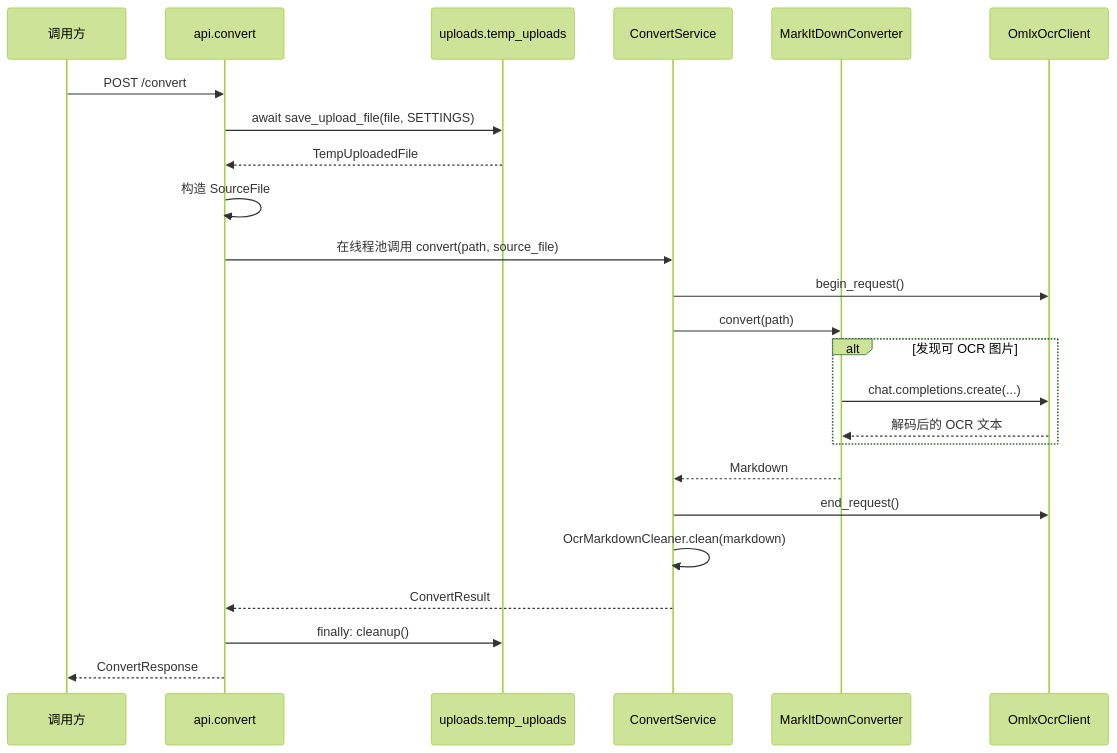
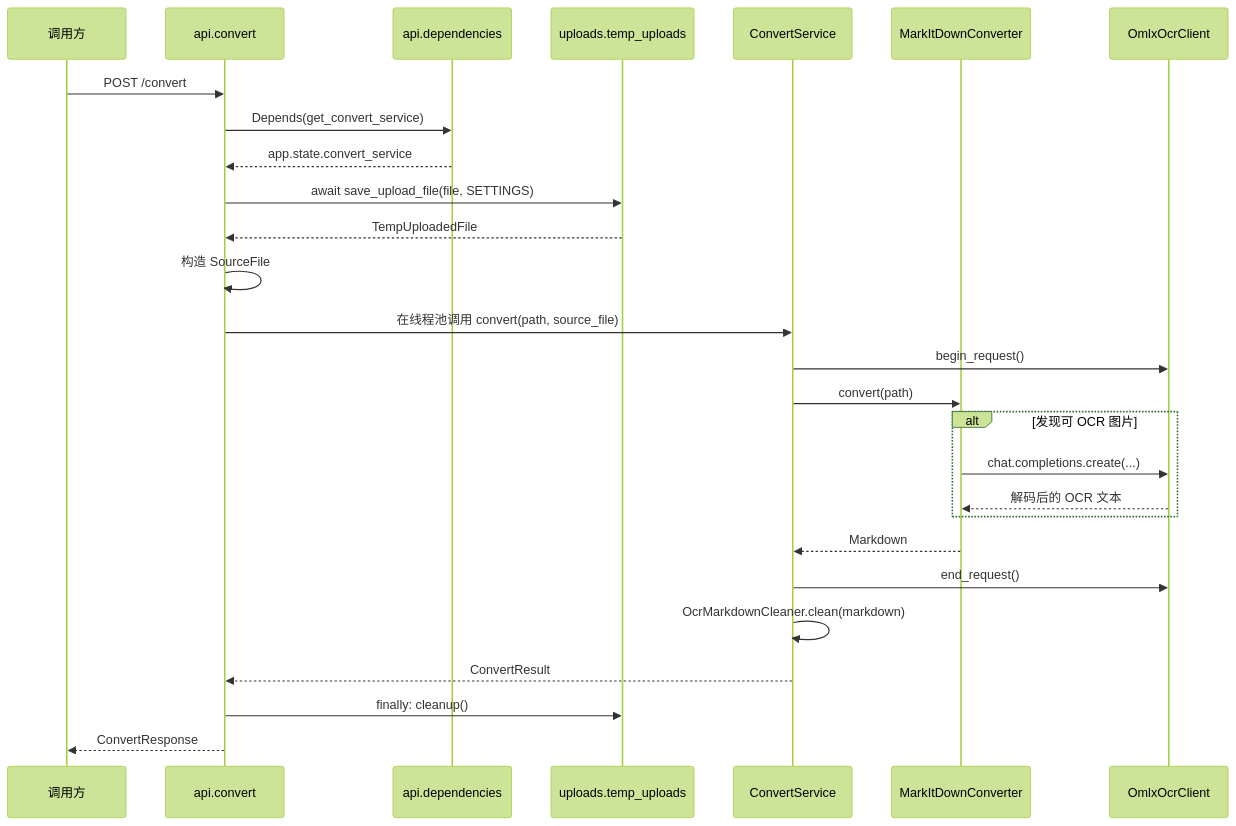
The second of 2 diagrams in docs/code-reference.md (Jianshi-Lu/to-markdown), drawn with Mermaid (forest theme) before and after one commit. The commit also changed other lines of this file and 5 other files, not shown here.

````diff
--- a/docs/code-reference.md
+++ b/docs/code-reference.md
@@ -141,27 +167,30 @@
 ```mermaid
 sequenceDiagram
     participant C as 调用方
     participant R as api.convert
+    participant D as api.dependencies
     participant U as uploads.temp_uploads
     participant S as ConvertService
     participant M as MarkItDownConverter
     participant O as OmlxOcrClient
 
     C->>R: POST /convert
+    R->>D: Depends(get_convert_service)
+    D-->>R: app.state.convert_service
     R->>U: await save_upload_file(file, SETTINGS)
     U-->>R: TempUploadedFile
     R->>R: 构造 SourceFile
     R->>S: 在线程池调用 convert(path, source_file)
     S->>O: begin_request()
     S->>M: convert(path)
     alt 发现可 OCR 图片
         M->>O: chat.completions.create(...)
         O-->>M: 解码后的 OCR 文本
     end
     M-->>S: Markdown
     S->>O: end_request()
     S->>S: OcrMarkdownCleaner.clean(markdown)
     S-->>R: ConvertResult
     R->>U: finally: cleanup()
     R-->>C: ConvertResponse
 ```
````
